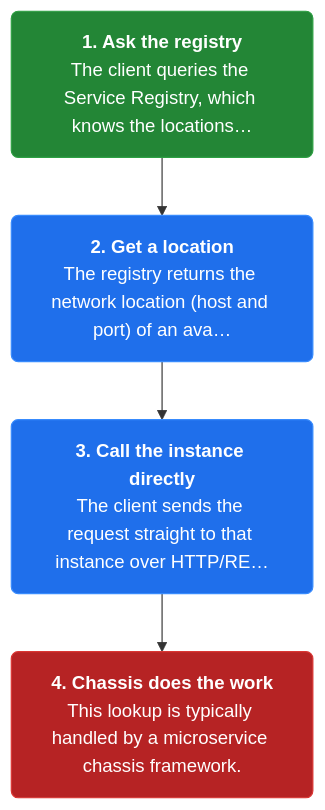
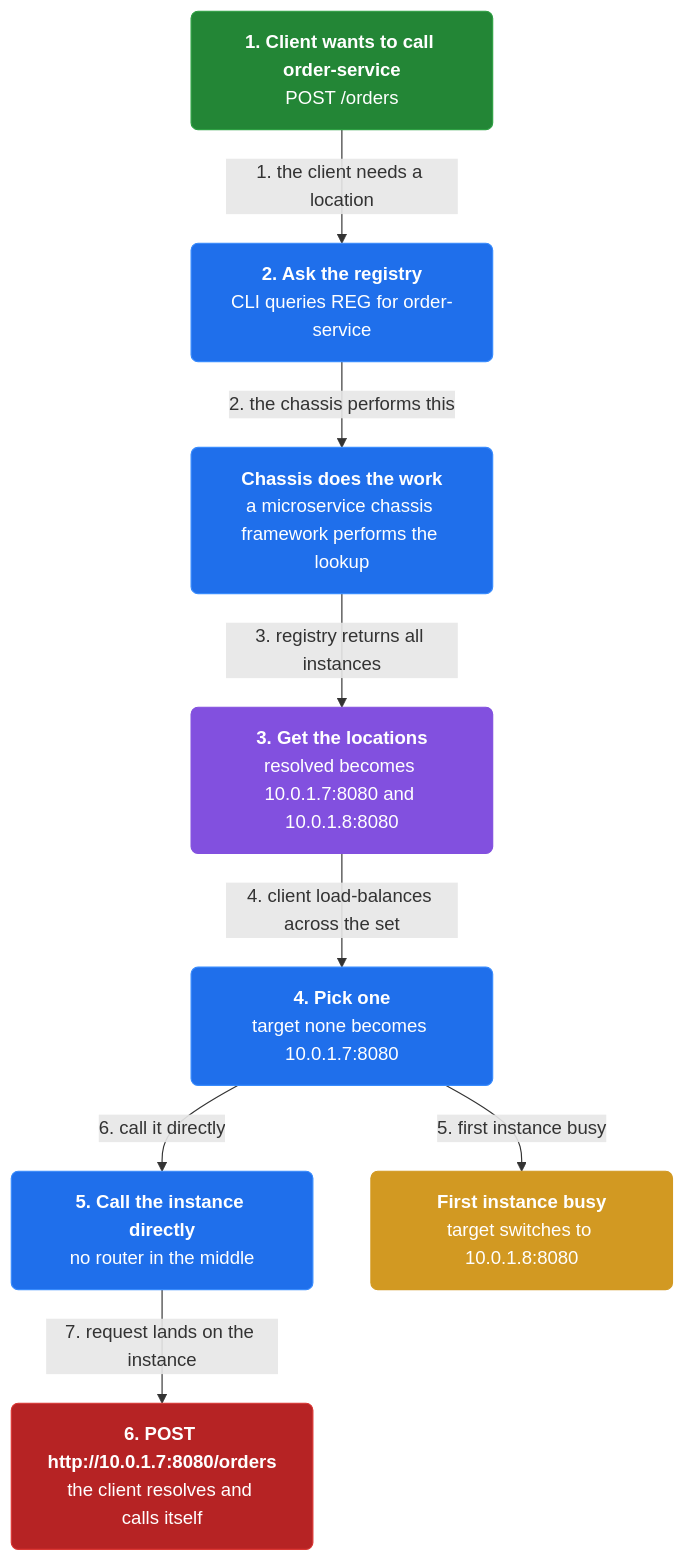
Before and after one commit to vinayakuber/microservices-io-study-guide: the second of 4 diagrams in docs/ch09-client-side-discovery.md, drawn with Mermaid. The commit also changed other lines of this file and 46 other files, not shown here.

First line of the commit message:
Author rich branching flow diagrams for all 44 chapters

````diff
--- a/docs/ch09-client-side-discovery.md
+++ b/docs/ch09-client-side-discovery.md
@@ -58,13 +66,23 @@
 ```mermaid
 flowchart TD
-  classDef step fill:#1f6feb,color:#ffffff,stroke:#388bfd,stroke-width:1px,rx:6
+  classDef step fill:#1f6feb,color:#ffffff,stroke:#388bfd,rx:6
+  classDef core fill:#8250df,color:#ffffff,stroke:#8250df,rx:6
+  classDef warn fill:#d29922,color:#ffffff,stroke:#d29922,rx:6
   classDef start fill:#238636,color:#ffffff,stroke:#2ea043,rx:6
   classDef stop fill:#b62324,color:#ffffff,stroke:#da3633,rx:6
-  s1n0["<b>1. Ask the registry</b><br/>The client queries the Service Registry, which knows the locations…"]:::start
-  s1n1["<b>2. Get a location</b><br/>The registry returns the network location (host and port) of an ava…"]:::step
-  s1n2["<b>3. Call the instance directly</b><br/>The client sends the request straight to that instance over HTTP/RE…"]:::step
-  s1n3["<b>4. Chassis does the work</b><br/>This lookup is typically handled by a microservice chassis framework."]:::stop
-  s1n0 --> s1n1
-  s1n1 --> s1n2
-  s1n2 --> s1n3
+  n0["<b>1. Client wants to call order-service</b><br/>POST /orders"]:::start
+  n1["<b>2. Ask the registry</b><br/>CLI queries REG for order-service"]:::step
+  n2["<b>3. Get the locations</b><br/>resolved becomes 10.0.1.7:8080 and 10.0.1.8:8080"]:::core
+  n3["<b>4. Pick one</b><br/>target none becomes 10.0.1.7:8080"]:::step
+  n4["<b>5. Call the instance directly</b><br/>no router in the middle"]:::step
+  n5["<b>6. POST http://10.0.1.7:8080/orders</b><br/>the client resolves and calls itself"]:::stop
+  n6["<b>First instance busy</b><br/>target switches to 10.0.1.8:8080"]:::warn
+  n7["<b>Chassis does the work</b><br/>a microservice chassis framework performs the lookup"]:::step
+  n0 -->|"1. the client needs a location"| n1
+  n1 -->|"2. the chassis performs this"| n7
+  n7 -->|"3. registry returns all instances"| n2
+  n2 -->|"4. client load-balances across the set"| n3
+  n3 -->|"5. first instance busy"| n6
+  n3 -->|"6. call it directly"| n4
+  n4 -->|"7. request lands on the instance"| n5
 ```
````
